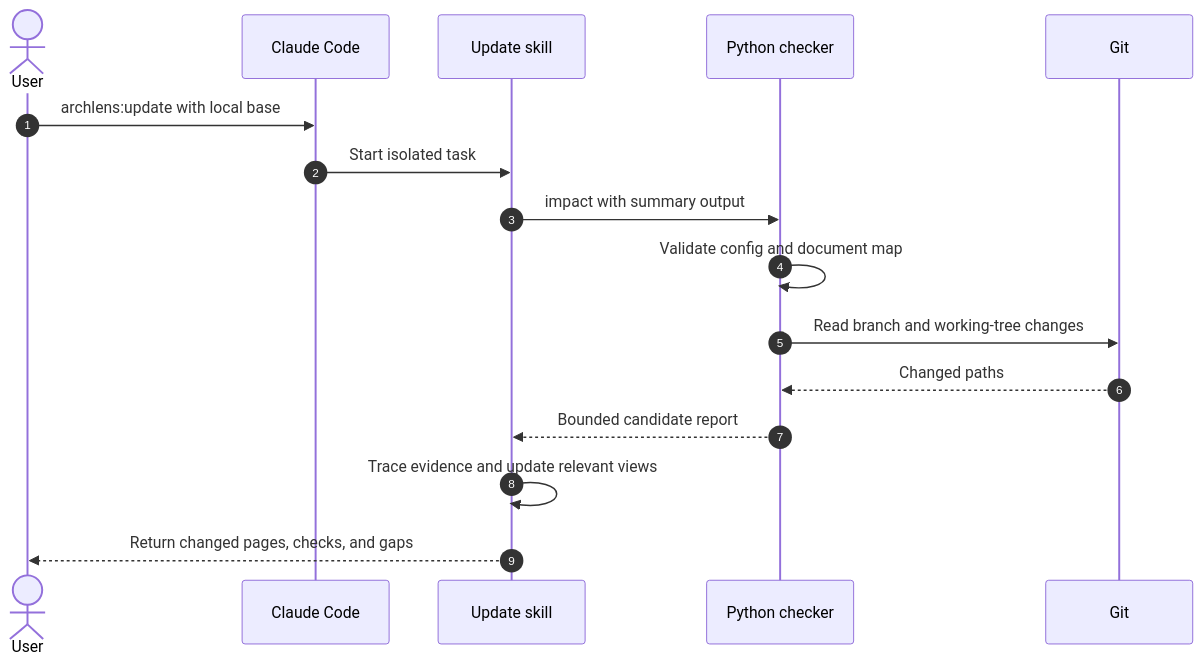
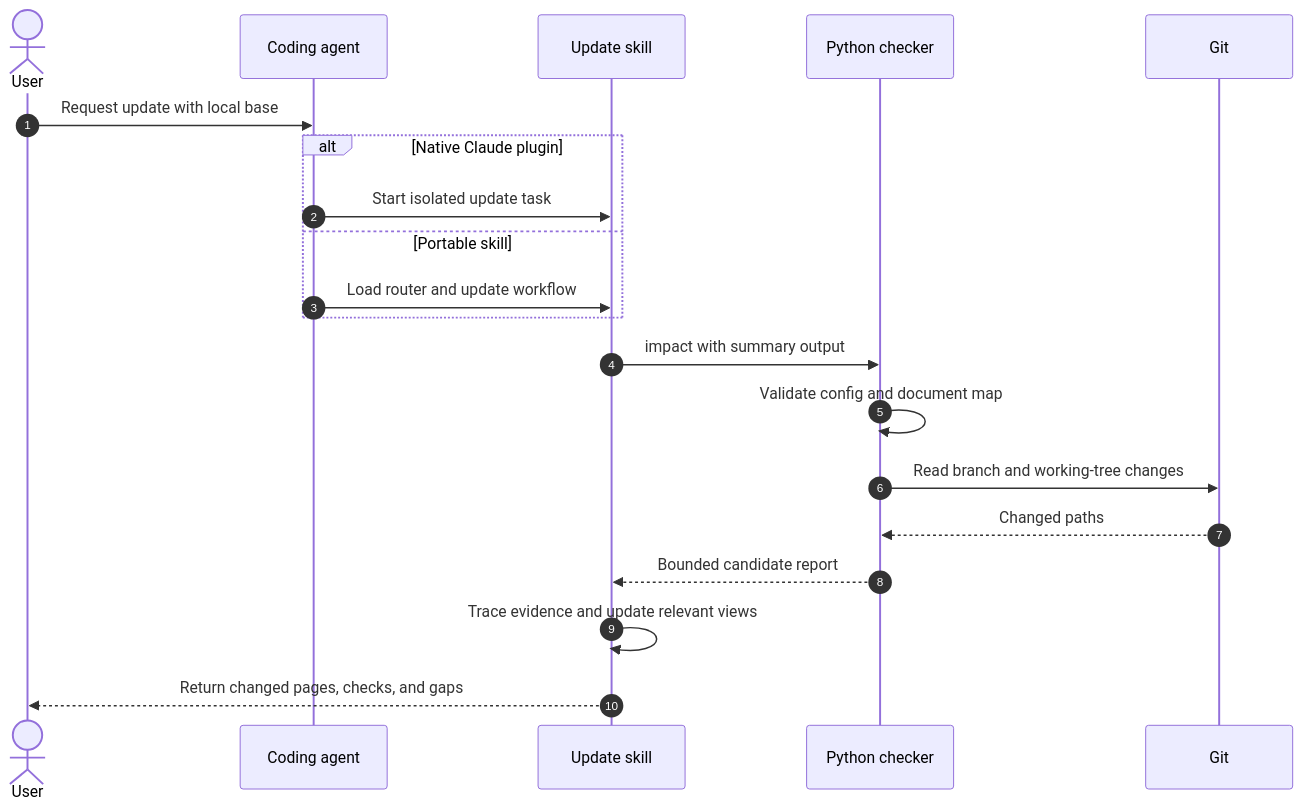
Before and after one commit to tushar-mahalya/archlens: the diagram in docs/architecture/runtime.md, drawn with Mermaid. The commit also changed other lines of this file and 44 other files, not shown here.

First line of the commit message:
feat: distribute Archlens as a portable agent skill

````diff
--- a/docs/architecture/runtime.md
+++ b/docs/architecture/runtime.md
@@ -7,18 +7,22 @@
 ```mermaid
 sequenceDiagram
     autonumber
     actor User
-    participant Host as Claude Code
+    participant Host as Coding agent
     participant Task as Update skill
     participant CLI as Python checker
     participant Git
-    User->>Host: archlens:update with local base
-    Host->>Task: Start isolated task
+    User->>Host: Request update with local base
+    alt Native Claude plugin
+        Host->>Task: Start isolated update task
+    else Portable skill
+        Host->>Task: Load router and update workflow
+    end
     Task->>CLI: impact with summary output
     CLI->>CLI: Validate config and document map
     CLI->>Git: Read branch and working-tree changes
     Git-->>CLI: Changed paths
     CLI-->>Task: Bounded candidate report
     Task->>Task: Trace evidence and update relevant views
     Task-->>User: Return changed pages, checks, and gaps
 ```
````
